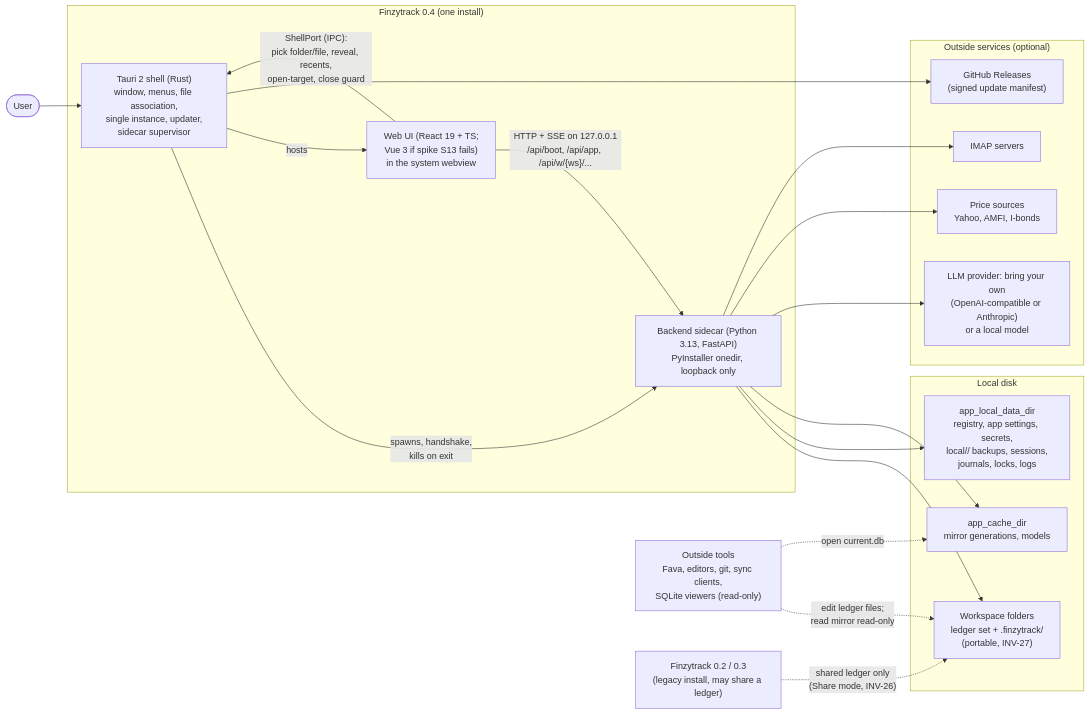
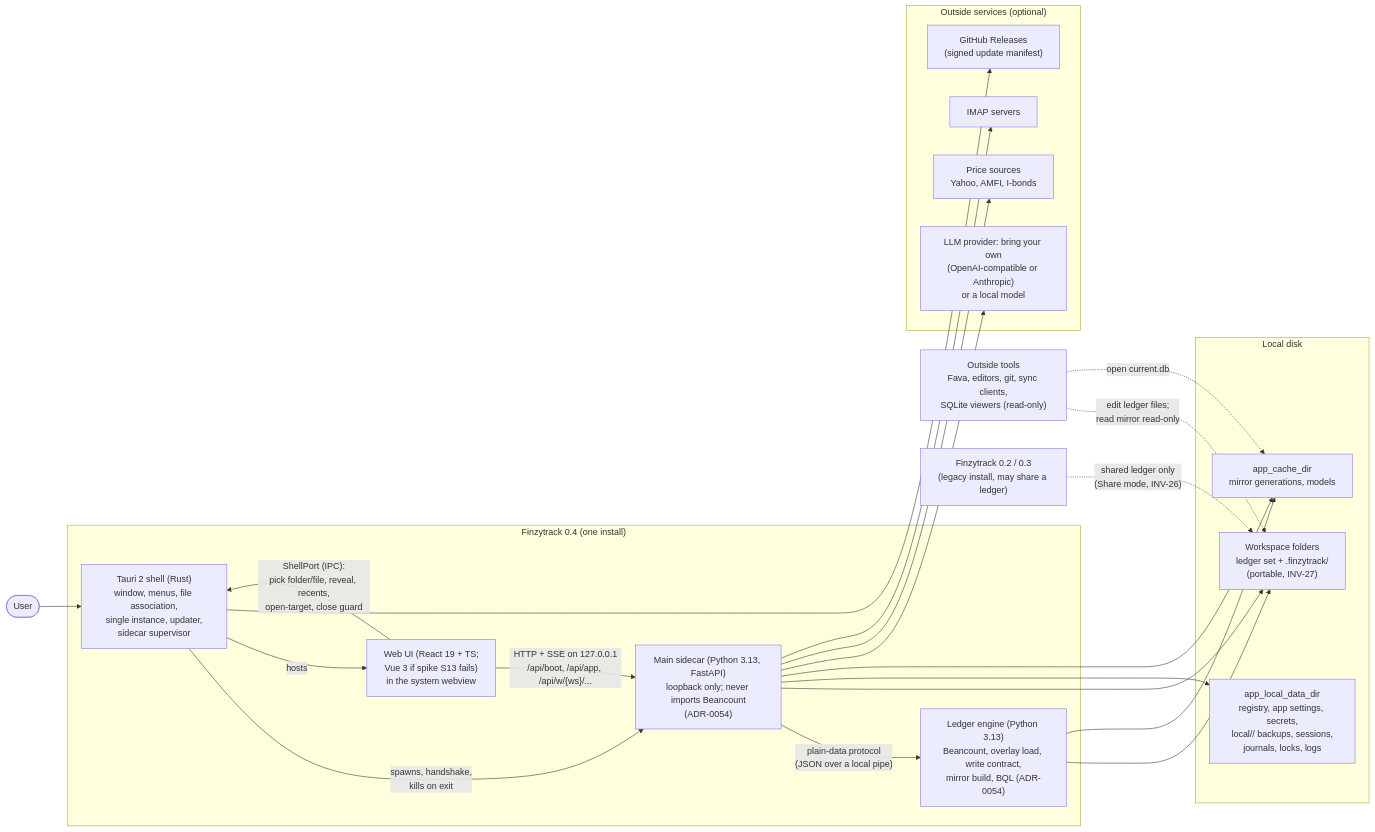
One commit to sagarbehere/finzytrack changed the diagram in design/ARCHITECTURE.md. Above: the diagram before and after it, drawn with Mermaid. The commit also changed other lines of this file and 5 other files, not shown here.

First line of the commit message:
ADR-0054: Beancount runs in its own ledger-engine process; the main sidecar never imports it

````diff
--- a/design/ARCHITECTURE.md
+++ b/design/ARCHITECTURE.md
@@ -30,34 +30,37 @@
 ```mermaid
 flowchart LR
   user([User])
   subgraph Desktop["Finzytrack 0.4 (one install)"]
     shell["Tauri 2 shell (Rust)\nwindow, menus, file association,\nsingle instance, updater,\nsidecar supervisor"]
     web["Web UI (React 19 + TS;\nVue 3 if spike S13 fails)\nin the system webview"]
-    side["Backend sidecar (Python 3.13, FastAPI)\nPyInstaller onedir, loopback only"]
+    side["Main sidecar (Python 3.13, FastAPI)\nloopback only; never imports Beancount\n(ADR-0054)"]
+    eng["Ledger engine (Python 3.13)\nBeancount, overlay load, write contract,\nmirror build, BQL (ADR-0054)"]
   end
   subgraph Disk["Local disk"]
     wsf["Workspace folders\nledger set + .finzytrack/\n(portable, INV-27)"]
     appd["app_local_data_dir\nregistry, app settings, secrets,\nlocal/<key>/ backups, sessions,\njournals, locks, logs"]
     cache["app_cache_dir\nmirror generations, models"]
   end
   subgraph Ext["Outside services (optional)"]
     llm["LLM provider: bring your own\n(OpenAI-compatible or Anthropic)\nor a local model"]
     px["Price sources\nYahoo, AMFI, I-bonds"]
     imap["IMAP servers"]
     gh["GitHub Releases\n(signed update manifest)"]
   end
   tools["Outside tools\nFava, editors, git, sync clients,\nSQLite viewers (read-only)"]
   legacy["Finzytrack 0.2 / 0.3\n(legacy install, may share a ledger)"]
 
   user --> shell
   shell -- "spawns, handshake,\nkills on exit" --> side
   shell -- "hosts" --> web
   web -- "HTTP + SSE on 127.0.0.1\n/api/boot, /api/app, /api/w/{ws}/..." --> side
   web -- "ShellPort (IPC):\npick folder/file, reveal, recents,\nopen-target, close guard" --> shell
+  side -- "plain-data protocol\n(JSON over a local pipe)" --> eng
+  eng --> wsf & cache
   side --> wsf & appd & cache
   side --> llm & px & imap
   shell --> gh
   tools -. "edit ledger files;\nread mirror read-only" .-> wsf
   tools -. "open current.db" .-> cache
   legacy -. "shared ledger only\n(Share mode, INV-26)" .-> wsf
 ```
````
